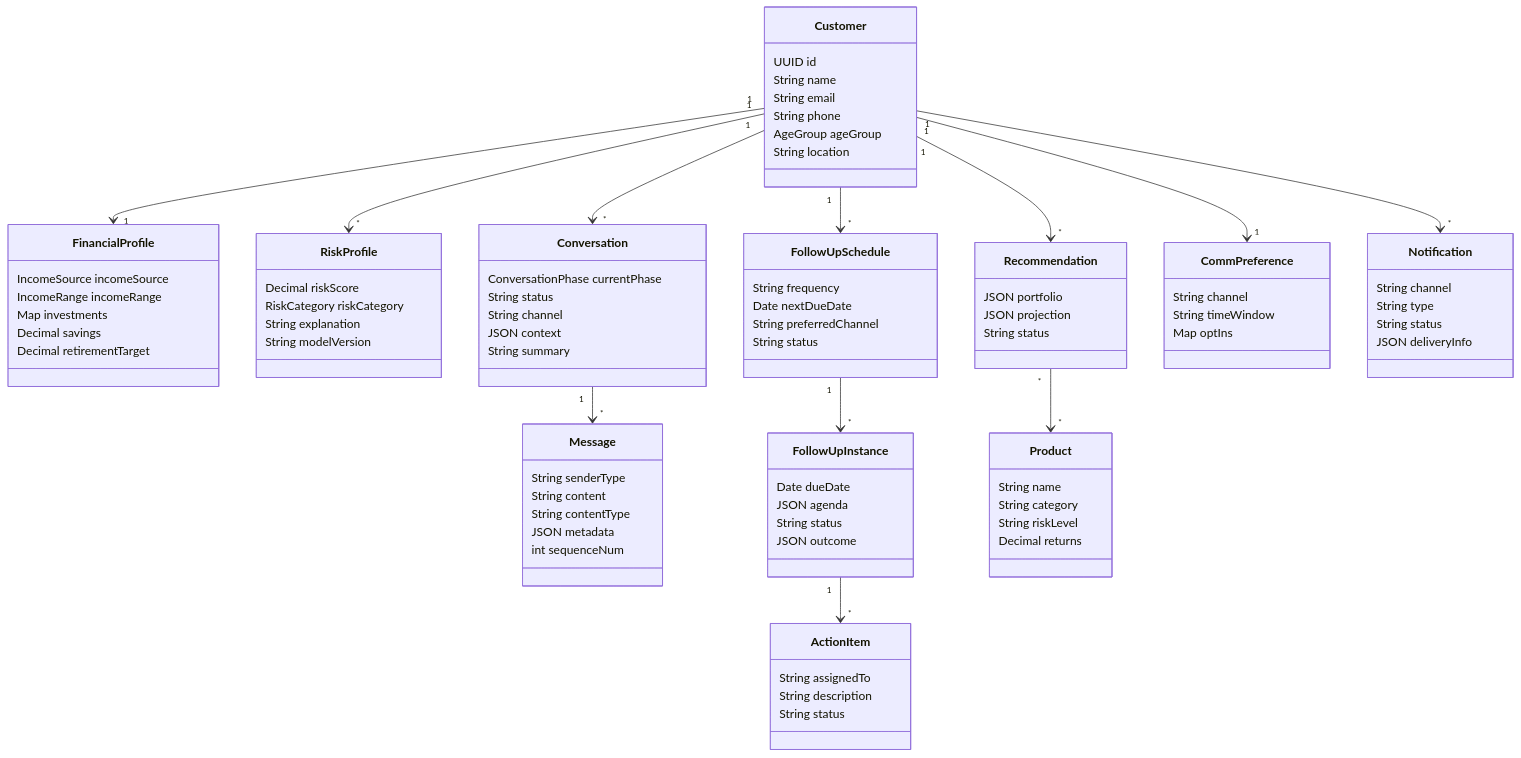
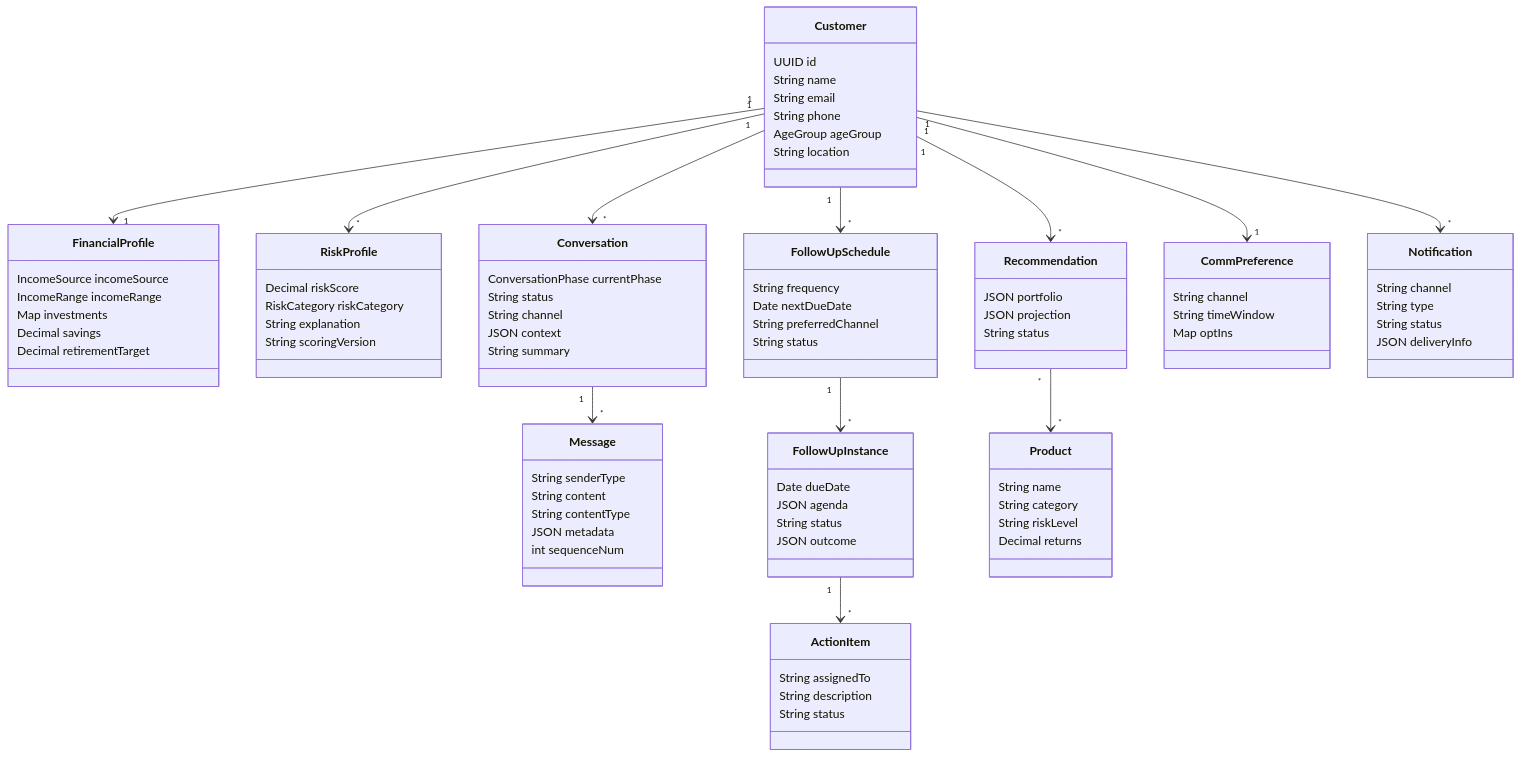
The first of 3 diagrams in docs/design/03-low-level-design.md (Cognition-Partner-Workshops/uc-framework-upgrade-monolith-to-microservices), drawn with Mermaid before and after one commit. The commit also changed other lines of this file and 4 other files, not shown here.

```diff
--- a/docs/design/03-low-level-design.md
+++ b/docs/design/03-low-level-design.md
@@ -821,7 +820,7 @@
         Decimal riskScore
         RiskCategory riskCategory
         String explanation
-        String modelVersion
+        String scoringVersion
     }
 
     class Conversation {
```
